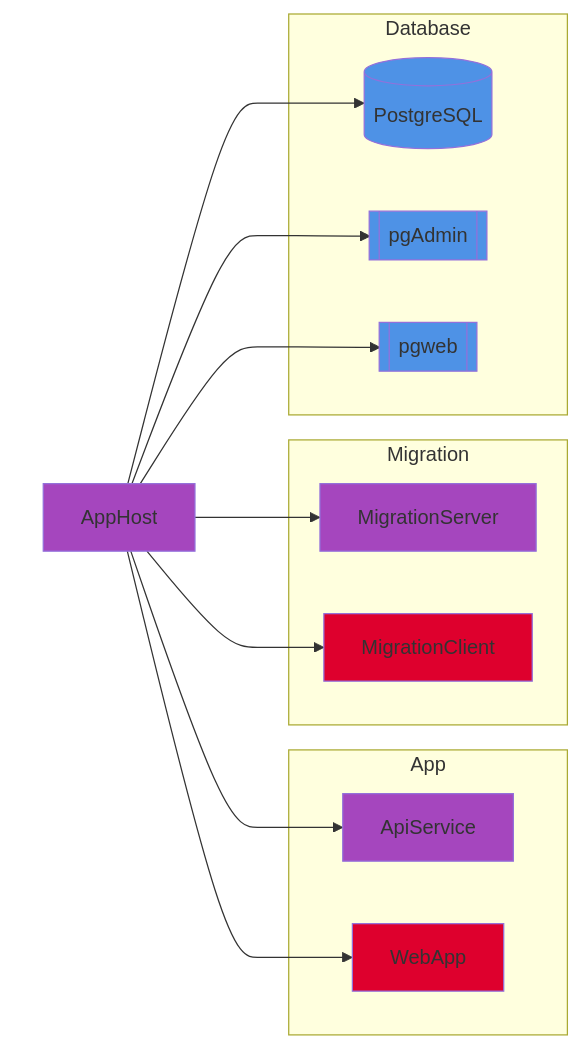
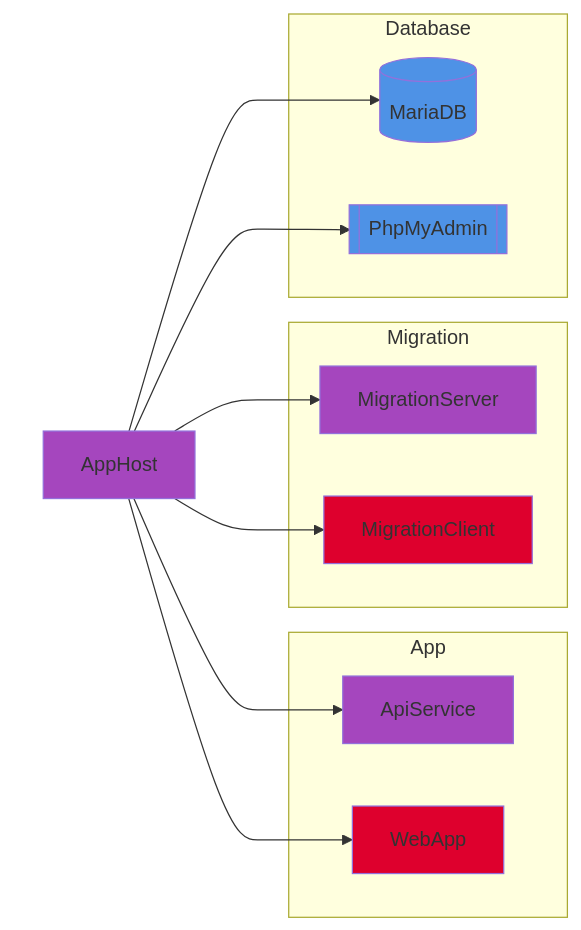
Before and after one commit to JoseLuisLaraRubio/Desarrollo_Web: the first of 3 diagrams in src/GymApp/AppHost/README.md, drawn with Mermaid. The commit also changed other lines of this file and 9 other files, not shown here.

````diff
--- a/src/GymApp/AppHost/README.md
+++ b/src/GymApp/AppHost/README.md
@@ -17,32 +17,30 @@
 ```mermaid
 graph LR
     style host-s stroke-width:0,fill:transparent
     style AppHost fill:#a546be
     style ApiService fill:#a546be
     style MigrationServer fill:#a546be
     style MigrationClient fill:#de002d
     style WebApp fill:#de002d
     style db fill:#4e92e6
-    style pg1 fill:#4e92e6
-    style pg2 fill:#4e92e6
+    style db-admin fill:#4e92e6
 
     subgraph host-s[ ]
     AppHost
     end
 
     subgraph App
     AppHost --> ApiService
     AppHost --> WebApp
     end
 
     subgraph Migration
     AppHost --> MigrationServer
     AppHost --> MigrationClient
     end
 
     subgraph Database
-    AppHost --> db[(PostgreSQL)]
-    AppHost --> pg1[[pgAdmin]]
-    AppHost --> pg2[[pgweb]]
+    AppHost --> db[(MariaDB)]
+    AppHost --> db-admin[[PhpMyAdmin]]
     end
 ```
````
